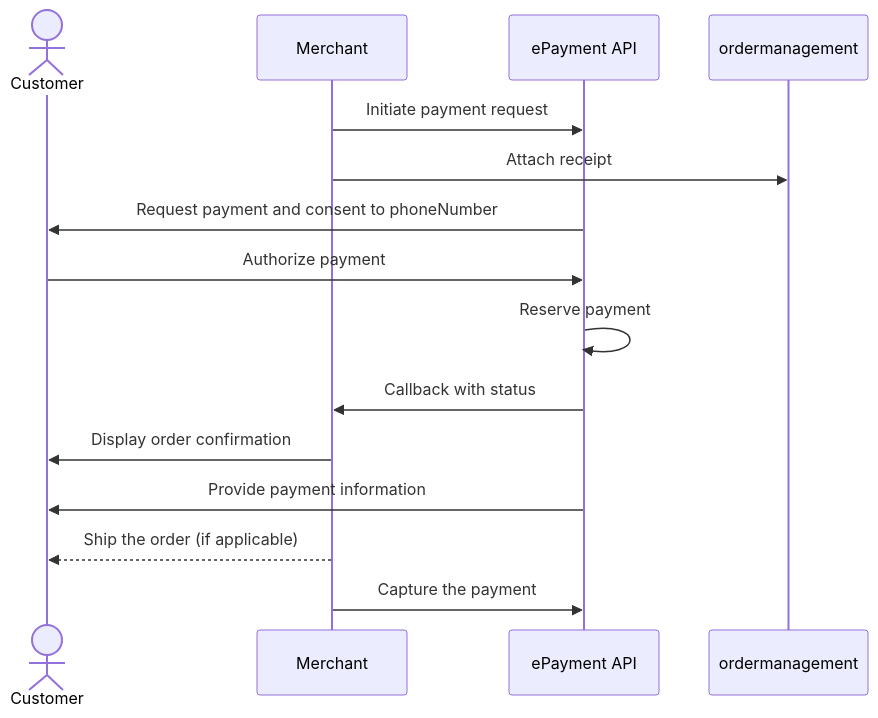
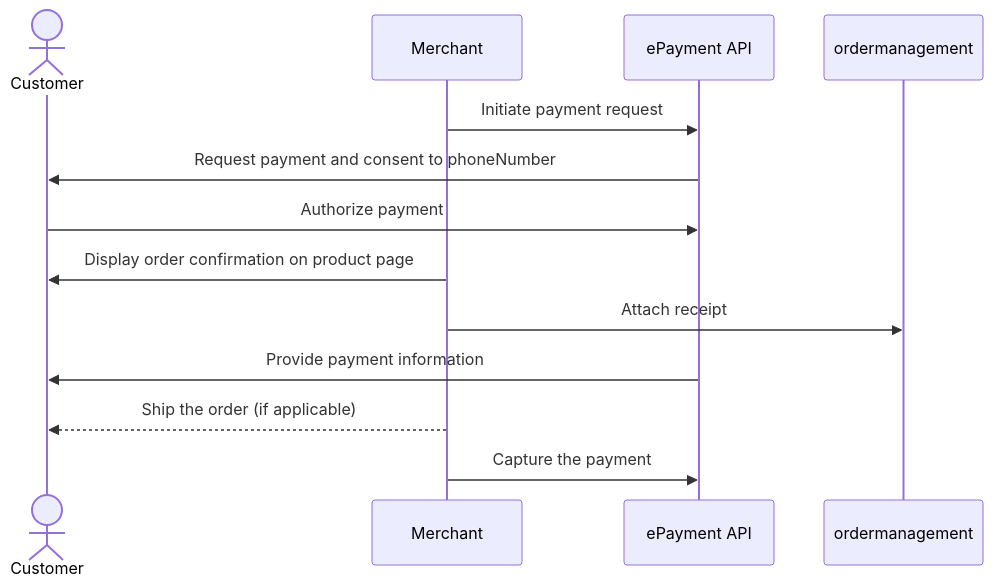
Before and after one commit to vippsas/vipps-solutions: the diagram in invoice-through-epayments/payment-with-share-phone-number.md, drawn with Mermaid. The commit also changed 10 other files, not shown here.

Commit message:
Align and simplify all sequence diagrams

````diff
--- a/invoice-through-epayments/payment-with-share-phone-number.md
+++ b/invoice-through-epayments/payment-with-share-phone-number.md
@@ -55,17 +55,15 @@
 ``` mermaid
 sequenceDiagram
     actor C as Customer
     participant M as Merchant
     participant ePayment as ePayment API
     
     M->>ePayment: Initiate payment request
-    M->> ordermanagement: Attach receipt
     ePayment->>C: Request payment and consent to phoneNumber
     C->>ePayment: Authorize payment
-    ePayment->>ePayment: Reserve payment
-    ePayment->>M: Callback with status
-    M->>C: Display order confirmation
+    M->>C: Display order confirmation on product page
+    M->> ordermanagement: Attach receipt
     ePayment->>C: Provide payment information
     M-->>C: Ship the order (if applicable)
     M->>ePayment: Capture the payment
 ```
````
